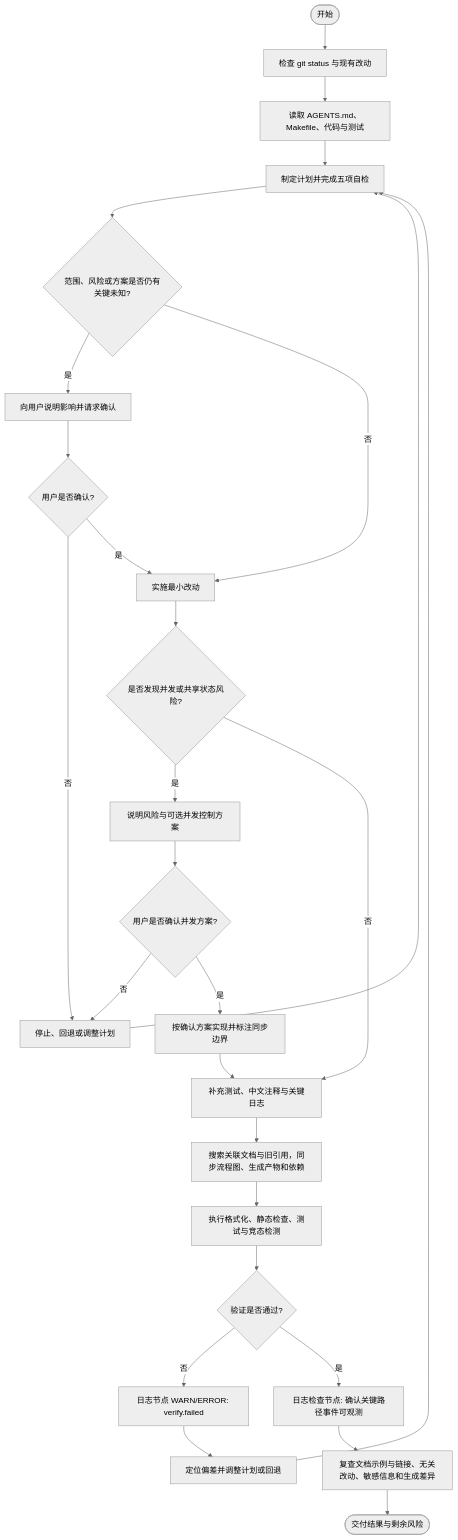
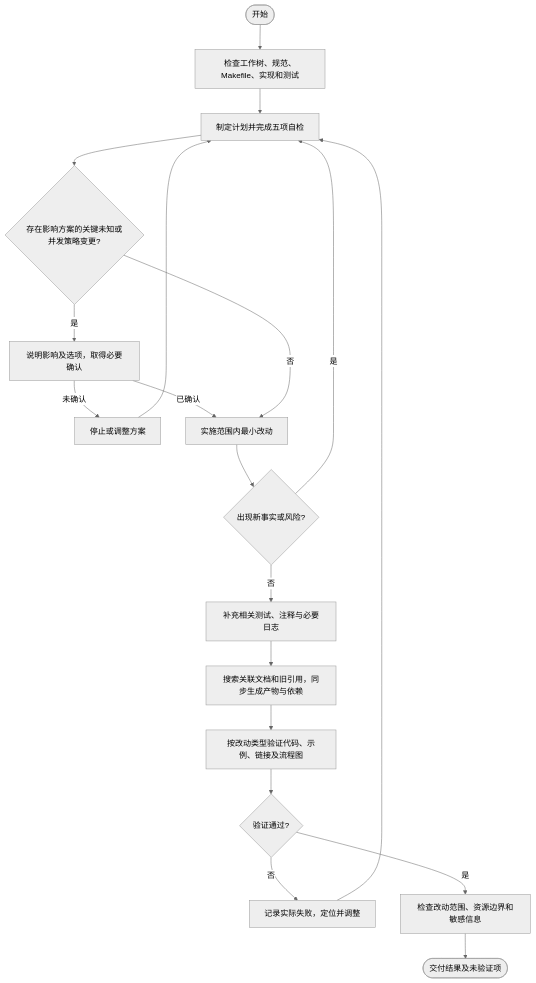
One commit to jaggerzhuang1994/kratos-foundation changed the diagram in AGENTS.md. Above: the diagram before and after it, drawn with Mermaid (neutral theme). The commit also changed other lines of this file and 29 other files, not shown here.

````diff
--- a/AGENTS.md
+++ b/AGENTS.md
@@ -442,29 +377,21 @@
 ```mermaid
 flowchart TD
-    A([开始]) --> B[检查 git status 与现有改动]
-    B --> C[读取 AGENTS.md、Makefile、代码与测试]
-C --> D[制定计划并完成五项自检]
-D --> E{范围、风险或方案是否仍有关键未知?}
-E -- 是 --> F[向用户说明影响并请求确认]
-F --> G{用户是否确认?}
-G -- 否 --> H[停止、回退或调整计划]
-H --> D
-G -- 是 --> I
-E -- 否 --> I[实施最小改动]
-I --> J{是否发现并发或共享状态风险?}
-J -- 是 --> K[说明风险与可选并发控制方案]
-K --> L{用户是否确认并发方案?}
-L -- 否 --> H
-L -- 是 --> M[按确认方案实现并标注同步边界]
-J -- 否 --> N
-M --> N[补充测试、中文注释与关键日志]
-N --> O[搜索关联文档与旧引用，同步流程图、生成产物和依赖]
-O --> P[执行格式化、静态检查、测试与竞态检测]
-P --> Q{验证是否通过?}
-Q -- 否 --> R[日志节点 WARN/ERROR: verify.failed]
-R --> S[定位偏差并调整计划或回退]
-S --> D
-Q -- 是 --> T[日志检查节点: 确认关键路径事件可观测]
-T --> U[复查文档示例与链接、无关改动、敏感信息和生成差异]
-U --> V([交付结果与剩余风险])
+    A([开始]) --> B[检查工作树、规范、Makefile、实现和测试]
+    B --> C[制定计划并完成五项自检]
+    C --> D{存在影响方案的关键未知或并发策略变更?}
+    D -- 是 --> E[说明影响及选项，取得必要确认]
+    E -- 未确认 --> F[停止或调整方案]
+    F --> C
+    E -- 已确认 --> G[实施范围内最小改动]
+    D -- 否 --> G
+    G --> H{出现新事实或风险?}
+    H -- 是 --> C
+    H -- 否 --> I[补充相关测试、注释与必要日志]
+    I --> J[搜索关联文档和旧引用，同步生成产物与依赖]
+    J --> K[按改动类型验证代码、示例、链接及流程图]
+    K --> L{验证通过?}
+    L -- 否 --> M[记录实际失败，定位并调整]
+    M --> C
+    L -- 是 --> N[检查改动范围、资源边界和敏感信息]
+    N --> O([交付结果及未验证项])
 ```
````
